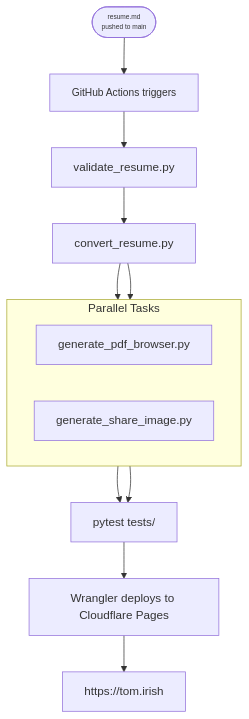
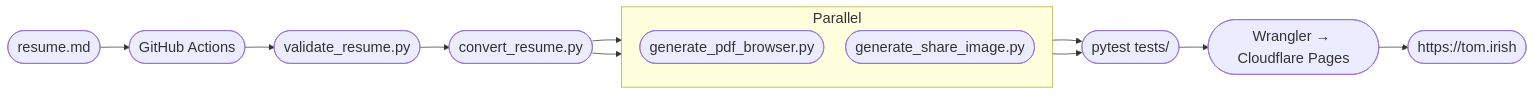
The diagram in README.md (tomirish/tom.irish), drawn with Mermaid before and after one commit.

````diff
--- a/README.md
+++ b/README.md
@@ -36,21 +36,19 @@
 ```mermaid
-flowchart TD
-    A([resume.md <br> pushed to main]) --> B[GitHub Actions triggers]
+%%{init: {'themeVariables': {'fontSize': '20px'}, 'flowchart': {'nodeSpacing': 30, 'rankSpacing': 40}}}%%
+flowchart LR
+    A([resume.md]) --> B([GitHub Actions])
     click A href "resume.md" "View resume.md" _blank
-    B --> C[validate_resume.py]
-    C --> D[convert_resume.py]
-    D --> E[generate_pdf_browser.py]
-    D --> F[generate_share_image.py]
-    F --> G[pytest tests/]
+    B --> C([validate_resume.py])
+    C --> D([convert_resume.py])
+    D --> E & F
 
-    subgraph parallel [Parallel Tasks]
-        direction LR
-        E & F
+    subgraph parallel [Parallel]
+        direction TB
+        E([generate_pdf_browser.py])
+        F([generate_share_image.py])
     end
 
-    G --> H[Wrangler deploys to Cloudflare Pages]
-    E --> G
-    H --> I[https://tom.irish]
-    style A font-size:9px
-    style B font-size:14px
-```     
+    E & F --> G([pytest tests/])
+    G --> H([Wrangler → Cloudflare Pages])
+    H --> I([https://tom.irish])
+```   
````
